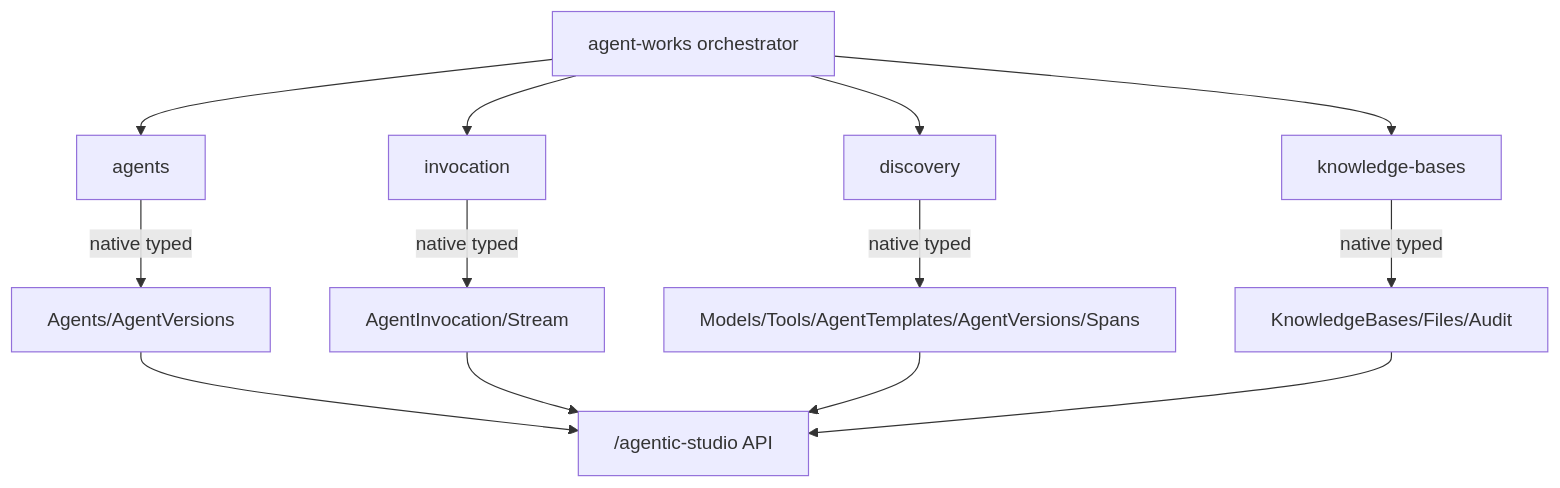
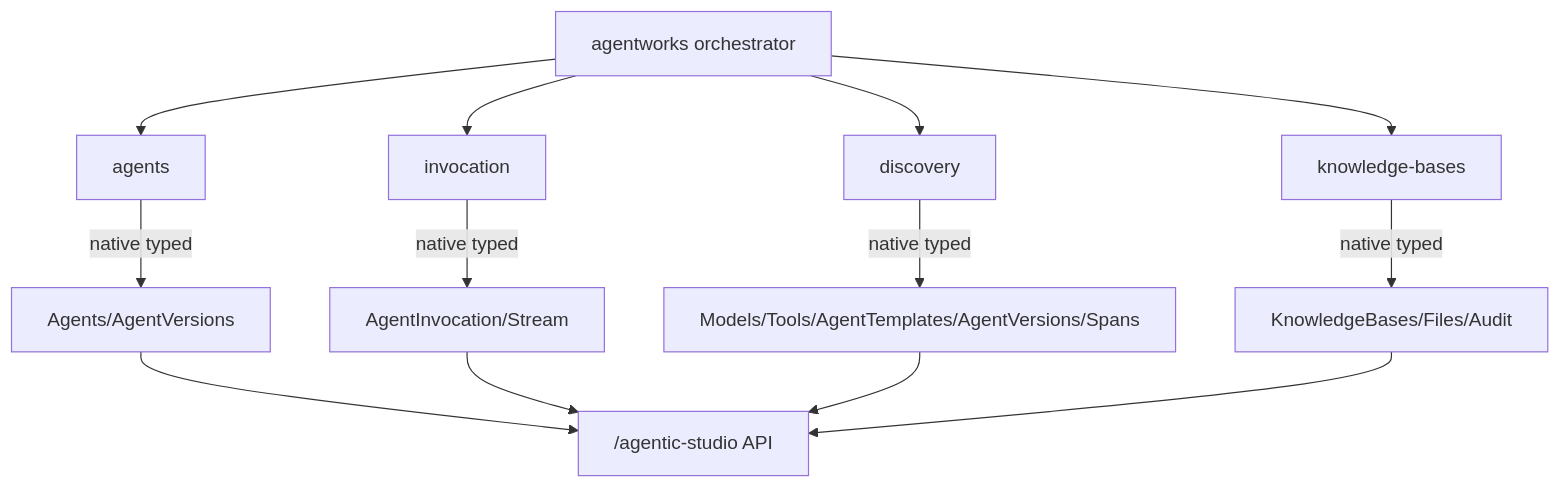
The diagram in README.md (CrowdStrike/agent-works-skills), drawn with Mermaid before and after one commit. The commit also changed other lines of this file and 32 other files, not shown here.

````diff
--- a/README.md
+++ b/README.md
@@ -105,15 +105,15 @@
 ```mermaid
 graph TD
-    A[agent-works orchestrator] --> B[agents]
+    A[agentworks orchestrator] --> B[agents]
     A --> C[invocation]
     A --> D[knowledge-bases]
     A --> E[discovery]
     B -->|native typed| F[Agents/AgentVersions]
     C -->|native typed| I[AgentInvocation/Stream]
     E -->|native typed| J[Models/Tools/AgentTemplates/AgentVersions/Spans]
     D -->|native typed| G[KnowledgeBases/Files/Audit]
     F --> H["/agentic-studio API"]
     I --> H
     J --> H
     G --> H
 ```
````
